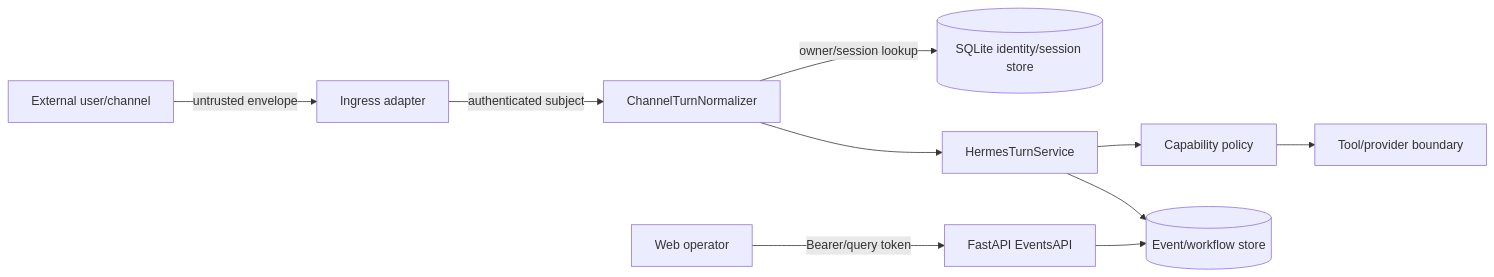
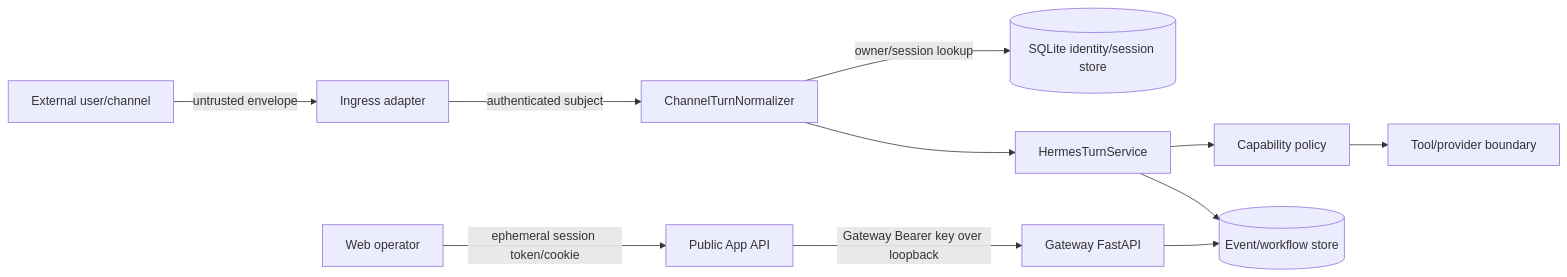
Before and after one commit to khoahuynhanh97/hermes-agent: the diagram in docs/security-and-auth.md, drawn with Mermaid. The commit also changed other lines of this file and 41 other files, not shown here.

Commit message:
feat(hermes_personal): complete runtime rearchitecture with single-brain provider, durable multi-turn persistence, and static digest verification

````diff
--- a/docs/security-and-auth.md
+++ b/docs/security-and-auth.md
@@ -11,12 +11,13 @@
 ```mermaid
 flowchart LR
     U[External user/channel] -->|untrusted envelope| A[Ingress adapter]
     A -->|authenticated subject| N[ChannelTurnNormalizer]
     N -->|owner/session lookup| DB[(SQLite identity/session store)]
     N --> T[HermesTurnService]
     T --> P[Capability policy]
     P --> X[Tool/provider boundary]
     T --> E[(Event/workflow store)]
-    W[Web operator] -->|Bearer/query token| API[FastAPI EventsAPI]
+    W[Web operator] -->|ephemeral session token/cookie| APP[Public App API]
+    APP -->|Gateway Bearer key over loopback| API[Gateway FastAPI]
     API --> E
 ```
````
